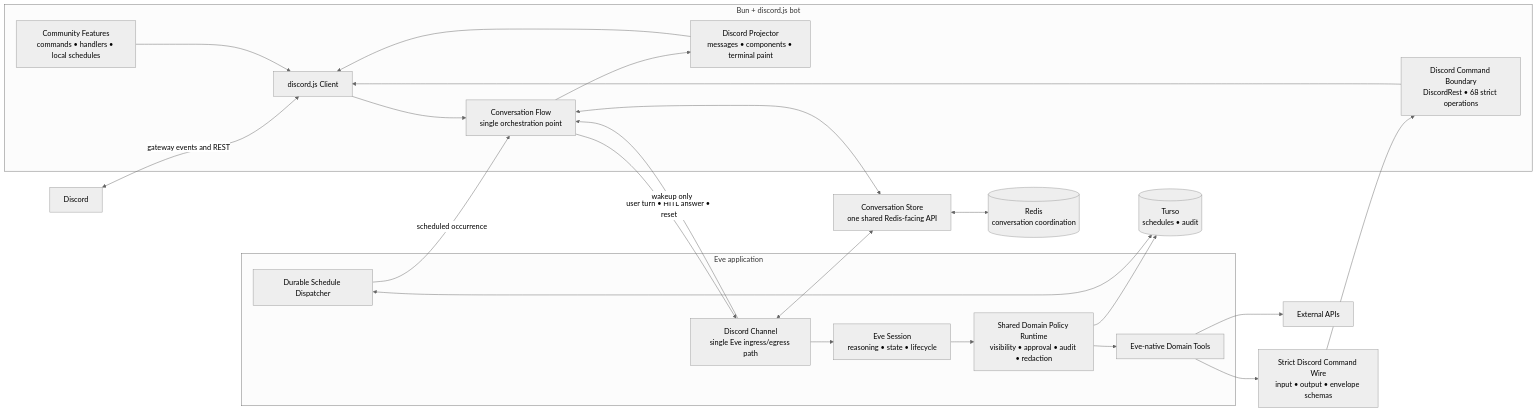
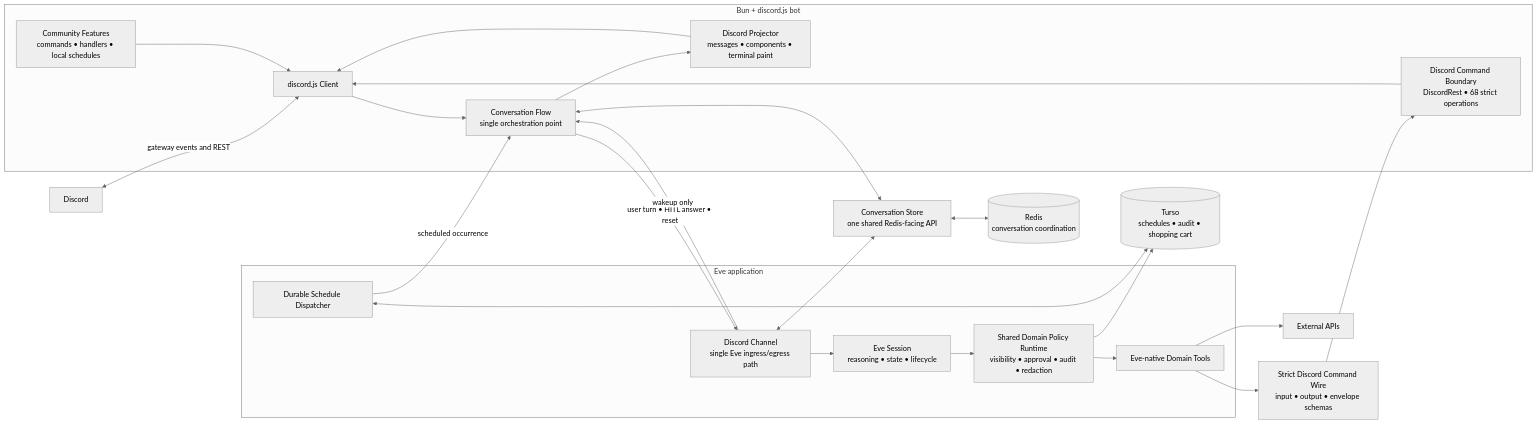
One commit to purduehackers/wack-hacker changed the first of 3 diagrams in docs/architecture.md. Above: the diagram before and after it, drawn with Mermaid (neutral theme). The commit also changed other lines of this file and 14 other files, not shown here.

````diff
--- a/docs/architecture.md
+++ b/docs/architecture.md
@@ -14,52 +18,52 @@
 ```mermaid
 flowchart LR
   Discord[Discord]
 
   subgraph Bot["Bun + discord.js bot"]
     DiscordClient["discord.js Client"]
     Flow["Conversation Flow<br/>single orchestration point"]
     Projector["Discord Projector<br/>messages • components • terminal paint"]
     CommandBoundary["Discord Command Boundary<br/>DiscordRest • 68 strict operations"]
     Features["Community Features<br/>commands • handlers • local schedules"]
   end
 
   subgraph Eve["Eve application"]
     Channel["Discord Channel<br/>single Eve ingress/egress path"]
     Session["Eve Session<br/>reasoning • state • lifecycle"]
     Policy["Shared Domain Policy Runtime<br/>visibility • approval • audit • redaction"]
     Tools["Eve-native Domain Tools"]
     Schedule["Durable Schedule Dispatcher"]
   end
 
   Store["Conversation Store<br/>one shared Redis-facing API"]
   CommandWire["Strict Discord Command Wire<br/>input • output • envelope schemas"]
   Redis[("Redis<br/>conversation coordination")]
-  Turso[("Turso<br/>schedules • audit")]
+  Turso[("Turso<br/>schedules • audit • shopping cart")]
   APIs[External APIs]
 
   Discord <-->|"gateway events and REST"| DiscordClient
 
   DiscordClient --> Flow
   Features --> DiscordClient
   Flow --> Projector
   Projector --> DiscordClient
 
   Flow <--> Store
   Channel <--> Store
   Store <--> Redis
 
   Flow -->|"user turn • HITL answer • reset"| Channel
   Channel -->|"wakeup only"| Flow
 
   Channel --> Session
   Session --> Policy
   Policy --> Tools
   Policy --> Turso
   Tools --> APIs
   Tools --> CommandWire
   CommandWire --> CommandBoundary
   CommandBoundary --> DiscordClient
 
   Schedule <--> Turso
   Schedule -->|"scheduled occurrence"| Flow
 ```
````
